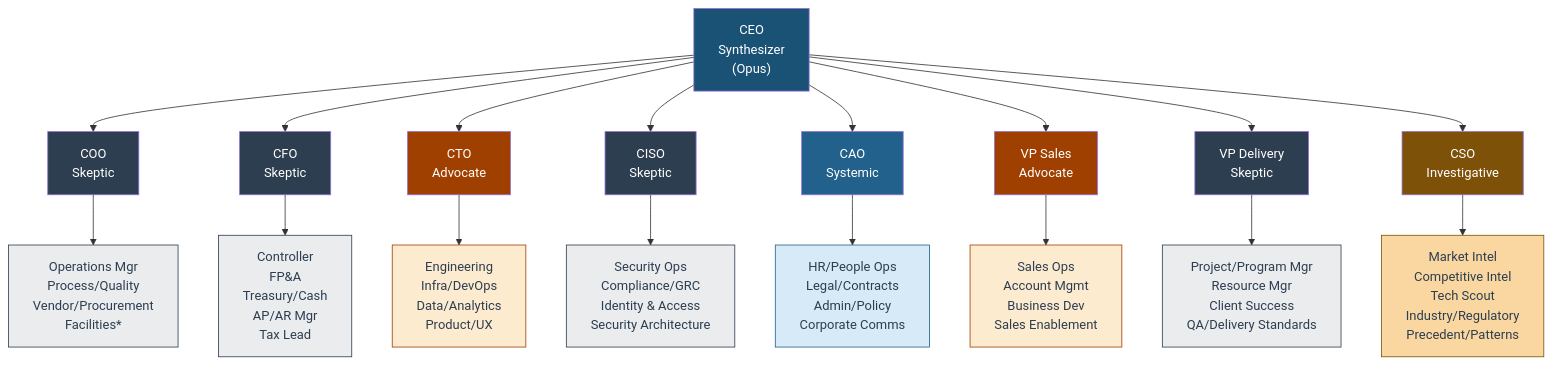
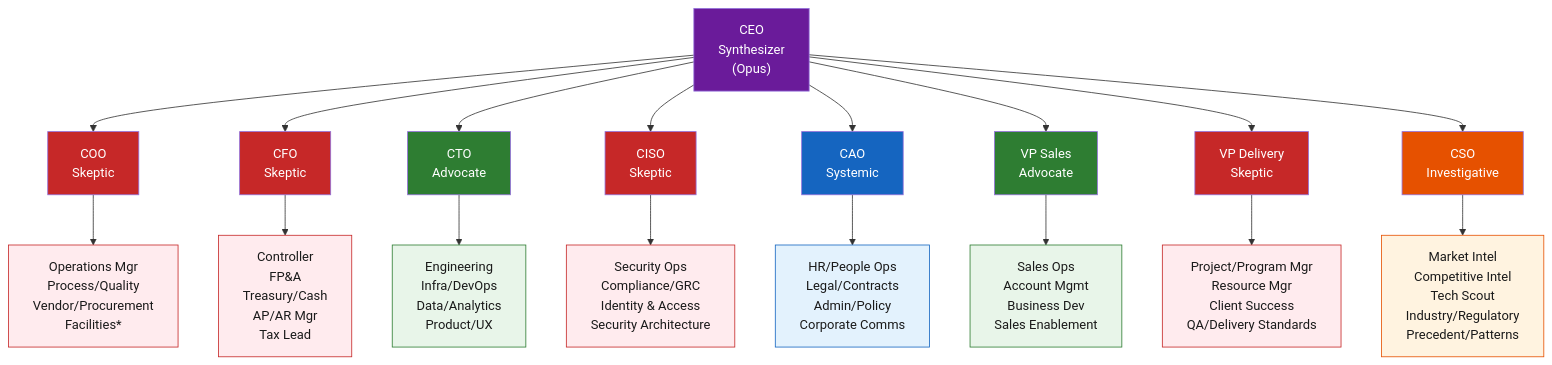
Before and after one commit to apatheticus/corporate-decision-panel: the third of 8 diagrams in docs/README.md, drawn with Mermaid. The commit also changed other lines of this file and 6 other files, not shown here.

````diff
--- a/docs/README.md
+++ b/docs/README.md
@@ -945,44 +335,44 @@
 ```mermaid
 flowchart TD
     CEO["CEO\nSynthesizer\n(Opus)"]
 
     COO["COO\nSkeptic"]
     CFO["CFO\nSkeptic"]
     CTO["CTO\nAdvocate"]
     CISO["CISO\nSkeptic"]
     CAO["CAO\nSystemic"]
     VPS["VP Sales\nAdvocate"]
     VPD["VP Delivery\nSkeptic"]
     CSO["CSO\nInvestigative"]
 
     CEO --> COO & CFO & CTO & CISO
     CEO --> CAO & VPS & VPD & CSO
 
     COO --> COO_TL["Operations Mgr\nProcess/Quality\nVendor/Procurement\nFacilities*"]
     CFO --> CFO_TL["Controller\nFP&A\nTreasury/Cash\nAP/AR Mgr\nTax Lead"]
     CTO --> CTO_TL["Engineering\nInfra/DevOps\nData/Analytics\nProduct/UX"]
     CISO --> CISO_TL["Security Ops\nCompliance/GRC\nIdentity & Access\nSecurity Architecture"]
     CAO --> CAO_TL["HR/People Ops\nLegal/Contracts\nAdmin/Policy\nCorporate Comms"]
     VPS --> VPS_TL["Sales Ops\nAccount Mgmt\nBusiness Dev\nSales Enablement"]
     VPD --> VPD_TL["Project/Program Mgr\nResource Mgr\nClient Success\nQA/Delivery Standards"]
     CSO --> CSO_TL["Market Intel\nCompetitive Intel\nTech Scout\nIndustry/Regulatory\nPrecedent/Patterns"]
 
-    style CEO fill:#1A5276,color:#fff
-    style COO fill:#2C3E50,color:#fff
-    style CFO fill:#2C3E50,color:#fff
-    style CISO fill:#2C3E50,color:#fff
-    style VPD fill:#2C3E50,color:#fff
-    style CTO fill:#A04000,color:#fff
-    style VPS fill:#A04000,color:#fff
-    style CAO fill:#21618C,color:#fff
-    style CSO fill:#7E5109,color:#fff
+    style CEO fill:#6a1b9a,color:#fff
+    style COO fill:#c62828,color:#fff
+    style CFO fill:#c62828,color:#fff
+    style CISO fill:#c62828,color:#fff
+    style VPD fill:#c62828,color:#fff
+    style CTO fill:#2e7d32,color:#fff
+    style VPS fill:#2e7d32,color:#fff
+    style CAO fill:#1565c0,color:#fff
+    style CSO fill:#e65100,color:#fff
 
-    style COO_TL fill:#EAECEE,stroke:#2C3E50,color:#2C3E50
-    style CFO_TL fill:#EAECEE,stroke:#2C3E50,color:#2C3E50
-    style CISO_TL fill:#EAECEE,stroke:#2C3E50,color:#2C3E50
-    style VPD_TL fill:#EAECEE,stroke:#2C3E50,color:#2C3E50
-    style CTO_TL fill:#FDEBD0,stroke:#A04000,color:#2C3E50
-    style VPS_TL fill:#FDEBD0,stroke:#A04000,color:#2C3E50
-    style CAO_TL fill:#D6EAF8,stroke:#21618C,color:#2C3E50
-    style CSO_TL fill:#FAD7A0,stroke:#7E5109,color:#2C3E50
+    style COO_TL fill:#ffebee,stroke:#c62828,color:#1a1a1a
+    style CFO_TL fill:#ffebee,stroke:#c62828,color:#1a1a1a
+    style CISO_TL fill:#ffebee,stroke:#c62828,color:#1a1a1a
+    style VPD_TL fill:#ffebee,stroke:#c62828,color:#1a1a1a
+    style CTO_TL fill:#e8f5e9,stroke:#2e7d32,color:#1a1a1a
+    style VPS_TL fill:#e8f5e9,stroke:#2e7d32,color:#1a1a1a
+    style CAO_TL fill:#e3f2fd,stroke:#1565c0,color:#1a1a1a
+    style CSO_TL fill:#fff3e0,stroke:#e65100,color:#1a1a1a
 ```
````
